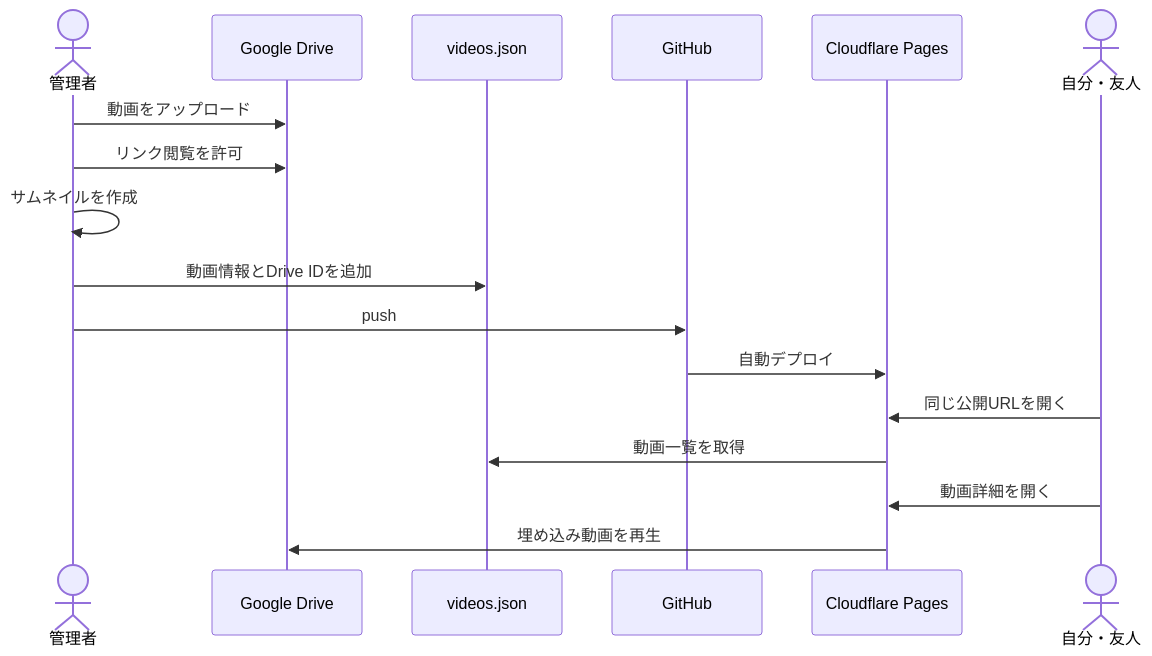
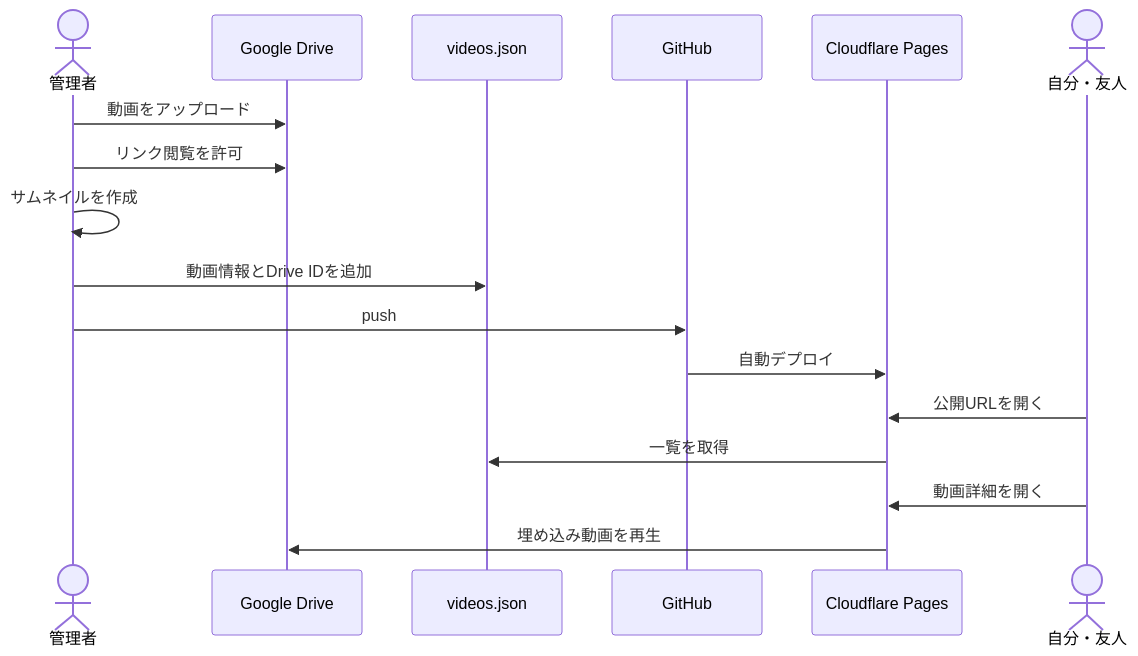
The second of 2 diagrams in docs/design.md (Saoki11111/video-shelf), drawn with Mermaid before and after one commit. The commit also changed other lines of this file and 5 other files, not shown here.

````diff
--- a/docs/design.md
+++ b/docs/design.md
@@ -208,20 +122,20 @@
 ```mermaid
 sequenceDiagram
     actor Owner as 管理者
     participant Drive as Google Drive
     participant JSON as videos.json
     participant GitHub as GitHub
     participant Pages as Cloudflare Pages
     actor Viewer as 自分・友人
 
     Owner->>Drive: 動画をアップロード
     Owner->>Drive: リンク閲覧を許可
     Owner->>Owner: サムネイルを作成
     Owner->>JSON: 動画情報とDrive IDを追加
     Owner->>GitHub: push
     GitHub->>Pages: 自動デプロイ
-    Viewer->>Pages: 同じ公開URLを開く
-    Pages->>JSON: 動画一覧を取得
+    Viewer->>Pages: 公開URLを開く
+    Pages->>JSON: 一覧を取得
     Viewer->>Pages: 動画詳細を開く
     Pages->>Drive: 埋め込み動画を再生
 ```
````
